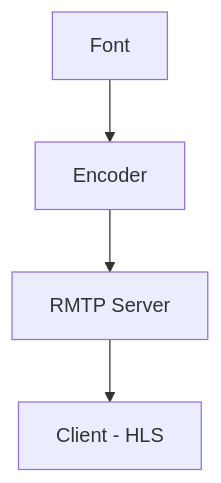
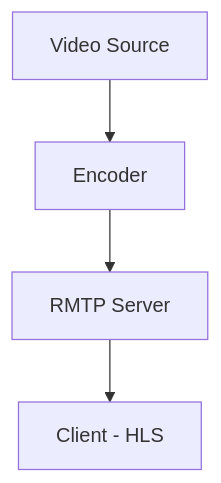
Before and after one commit to Philipelima/rtmp-server: the diagram in README.md, drawn with Mermaid.

Commit message:
feat: README.md

````diff
--- a/README.md
+++ b/README.md
@@ -28,7 +28,7 @@
 ```mermaid 
 
     graph TD;
-        R[Font]-->e[Encoder]-->S[RMTP Server];
+        R[Video Source]-->e[Encoder]-->S[RMTP Server];
         S-->C[Client - HLS];
       
 ```
````
